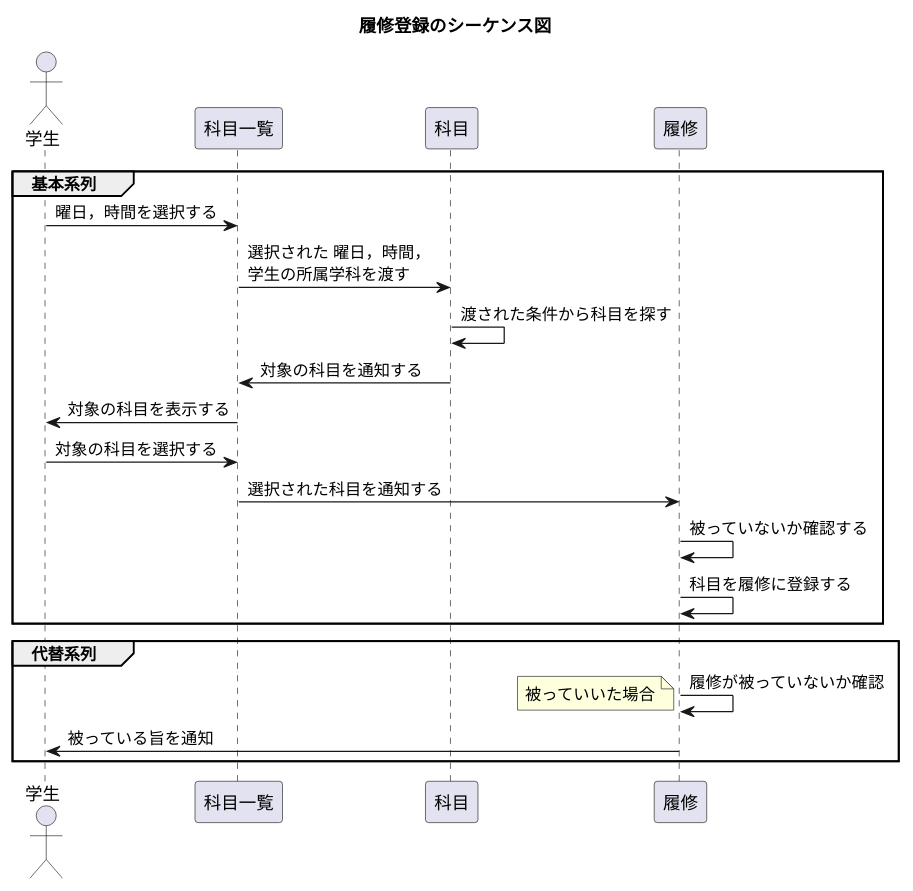
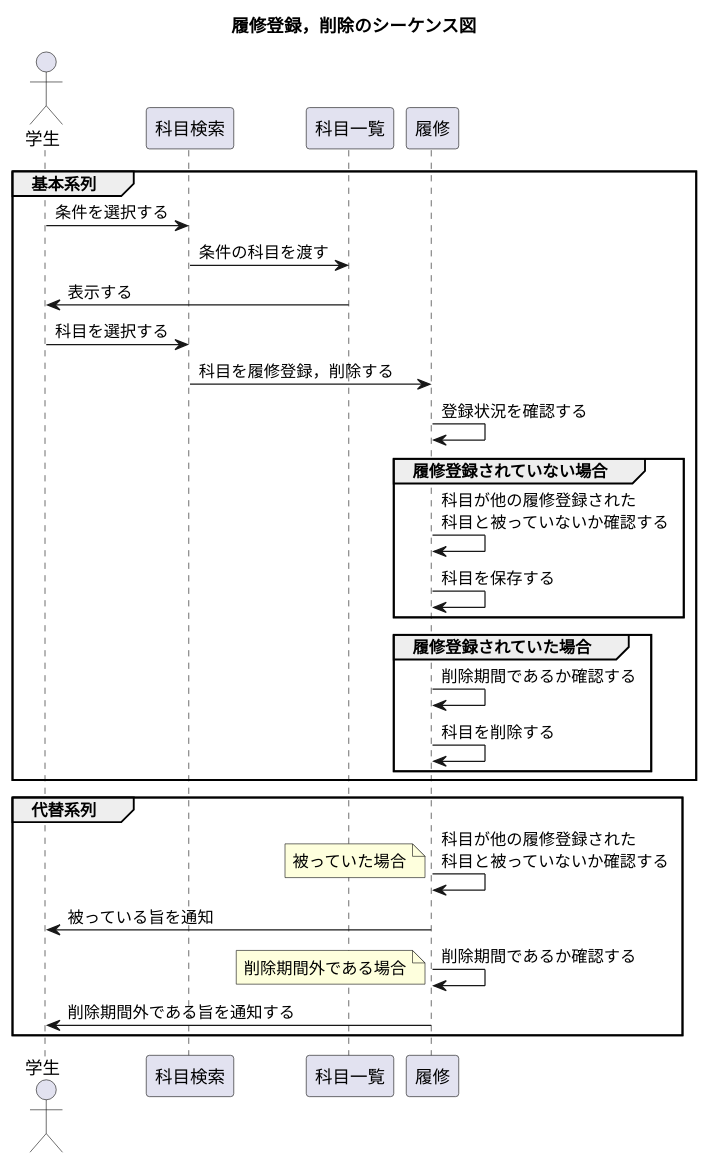
The diagram in uml/15/sequence1.puml (tanusai646/software-desine), drawn with PlantUML before and after one commit. The commit also changed 6 other files, not shown here.

Commit message:
シーケンス図の修正

```diff
--- a/uml/15/sequence1.puml
+++ b/uml/15/sequence1.puml
@@ -1,29 +1,40 @@
-@startuml 履修登録のシーケンス図
-title 履修登録のシーケンス図
+@startuml 6-2
+title 履修登録，削除のシーケンス図
 'クラス等
 actor 学生 as foo1
+participant 科目検索 as foo2
 participant 科目一覧 as foo3
-participant 科目 as foo2
 participant 履修 as foo4
 
 group 基本系列
-    foo1 -> foo3 : 曜日，時間を選択する
-    foo3 -> foo2 : 選択された 曜日，時間，\n学生の所属学科を渡す
-    foo2 -> foo2 : 渡された条件から科目を探す
-    foo2 -> foo3 : 対象の科目を通知する
-    foo3 -> foo1 : 対象の科目を表示する
-    foo1 -> foo3 : 対象の科目を選択する
-    foo3 -> foo4 : 選択された科目を通知する
-    foo4 -> foo4 : 被っていないか確認する
-    foo4 -> foo4 : 科目を履修に登録する
+    foo1 -> foo2 : 条件を選択する
+    foo2 -> foo3 : 条件の科目を渡す
+    foo3 -> foo1 : 表示する
+    foo1 -> foo2 : 科目を選択する
+    foo2 -> foo4 : 科目を履修登録，削除する
+    foo4 -> foo4 : 登録状況を確認する
+    group 履修登録されていない場合
+        foo4 -> foo4 : 科目が他の履修登録された\n科目と被っていないか確認する
+        foo4 -> foo4 : 科目を保存する
+    end
+    group 履修登録されていた場合
+        foo4 -> foo4 : 削除期間であるか確認する
+        foo4 -> foo4 : 科目を削除する
+    end
 end
 
 group 代替系列
-    foo4 -> foo4 : 履修が被っていないか確認
+    foo4 -> foo4 : 科目が他の履修登録された\n科目と被っていないか確認する
     note left
-        被っていいた場合
+        被っていた場合
     end note
     foo4 -> foo1 : 被っている旨を通知
+
+    foo4 -> foo4 : 削除期間であるか確認する
+    note left
+        削除期間外である場合
+    end note
+    foo4 -> foo1 : 削除期間外である旨を通知する
 end
 
 @enduml
```
